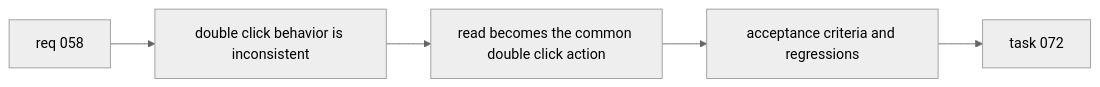
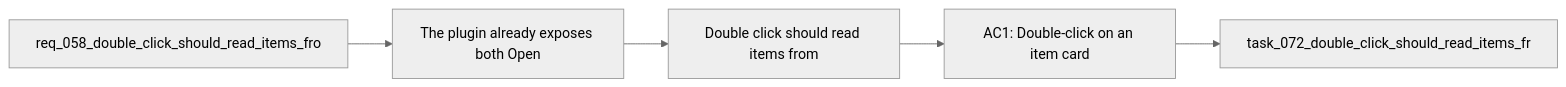
One commit to AlexAgo83/logics-manager changed the diagram in logics/backlog/item_070_double_click_should_read_items_from_list_board_and_activity.md. Above: the diagram before and after it, drawn with Mermaid (neutral theme). The commit also changed other lines of this file and 481 other files, not shown here.

````diff
--- a/logics/backlog/item_070_double_click_should_read_items_from_list_board_and_activity.md
+++ b/logics/backlog/item_070_double_click_should_read_items_from_list_board_and_activity.md
@@ -31,8 +31,9 @@
 ```mermaid
+%% logics-kind: backlog
 %% logics-signature: backlog|double-click-should-read-items-from-list|req-058-double-click-should-read-items-f|the-plugin-already-exposes-both-open|ac1-double-click-on-an-item-card
 flowchart LR
-    Req[req 058] --> Problem[double click behavior is inconsistent]
-    Problem --> Scope[read becomes the common double click action]
-    Scope --> AC[acceptance criteria and regressions]
-    AC --> Task[task 072]
+    Request[req_058_double_click_should_read_items_fro] --> Problem[The plugin already exposes both Open]
+    Problem --> Scope[Double click should read items from]
+    Scope --> Acceptance[AC1: Double-click on an item card]
+    Acceptance --> Tasks[task_072_double_click_should_read_items_fr]
 ```
````
